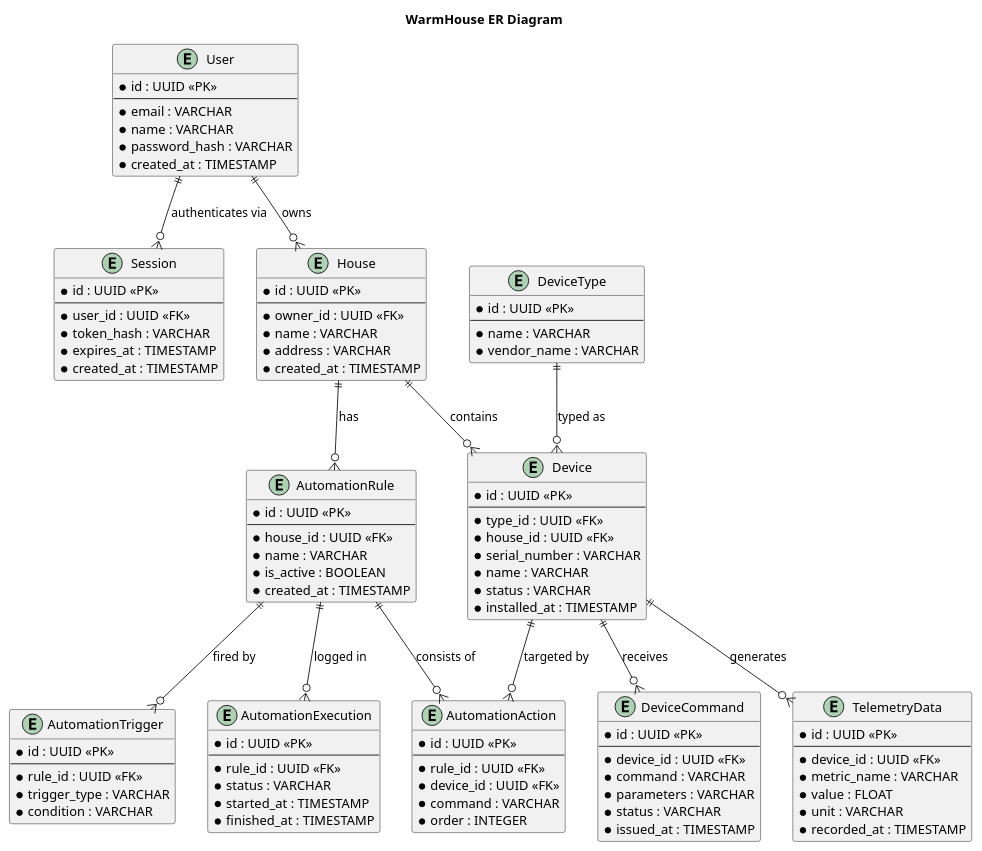
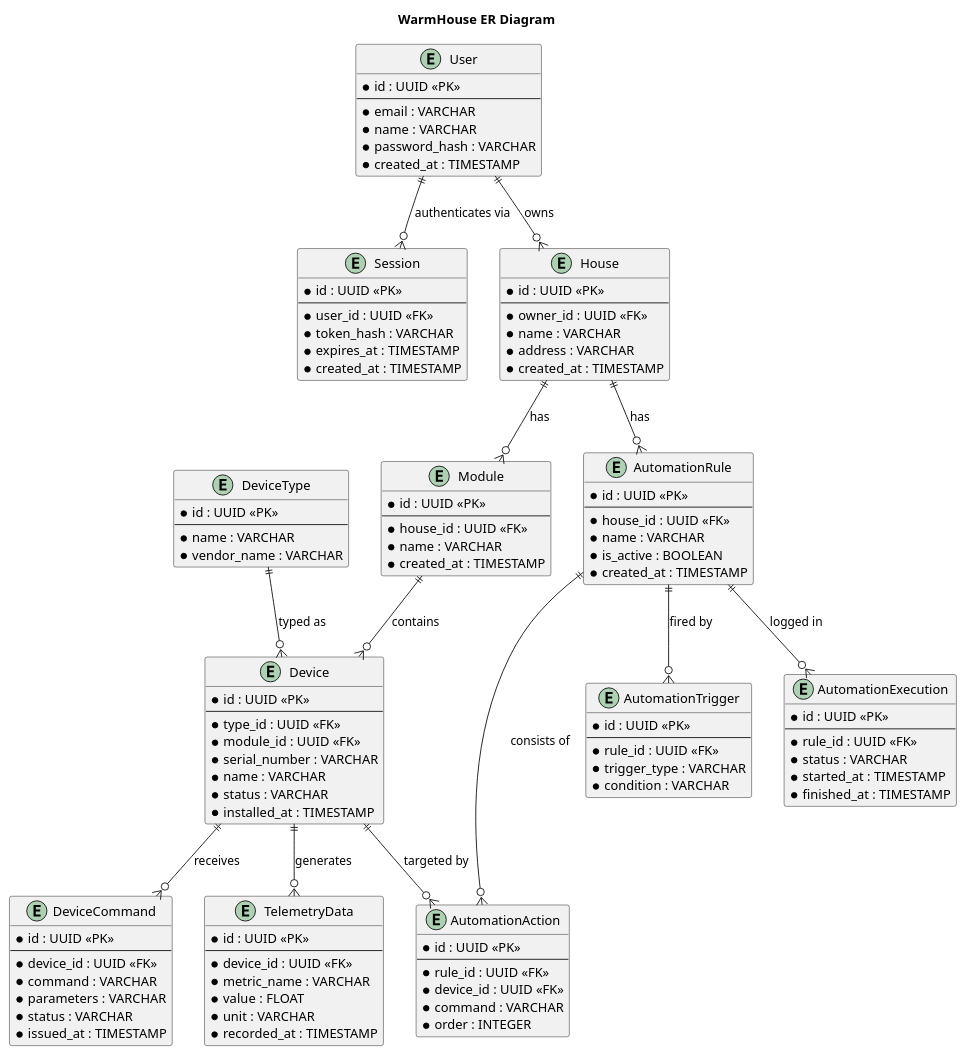
Before and after one commit to eugene-milostivenko/arch_01: the diagram in diagrams/er.puml, drawn with PlantUML.

Commit message:
add module to ER diagram

```diff
--- a/diagrams/er.puml
+++ b/diagrams/er.puml
@@ -1,121 +1,130 @@
 @startuml
 title WarmHouse ER Diagram
 
 ' ── User Management ───────────────────────────────────────────────────────────
 entity "User" as user {
   * id : UUID <<PK>>
   --
   * email : VARCHAR
   * name : VARCHAR
   * password_hash : VARCHAR
   * created_at : TIMESTAMP
 }
 
 entity "Session" as session {
   * id : UUID <<PK>>
   --
   * user_id : UUID <<FK>>
   * token_hash : VARCHAR
   * expires_at : TIMESTAMP
   * created_at : TIMESTAMP
 }
 
 ' ── Device Management ─────────────────────────────────────────────────────────
 entity "House" as house {
   * id : UUID <<PK>>
   --
   * owner_id : UUID <<FK>>
   * name : VARCHAR
   * address : VARCHAR
   * created_at : TIMESTAMP
 }
 
 entity "DeviceType" as device_type {
   * id : UUID <<PK>>
   --
   * name : VARCHAR
   * vendor_name : VARCHAR
 }
 
+entity "Module" as module {
+  * id : UUID <<PK>>
+  --
+  * house_id : UUID <<FK>>
+  * name : VARCHAR
+  * created_at : TIMESTAMP
+}
+
 entity "Device" as device {
   * id : UUID <<PK>>
   --
   * type_id : UUID <<FK>>
-  * house_id : UUID <<FK>>
+  * module_id : UUID <<FK>>
   * serial_number : VARCHAR
   * name : VARCHAR
   * status : VARCHAR
   * installed_at : TIMESTAMP
 }
 
 entity "DeviceCommand" as command {
   * id : UUID <<PK>>
   --
   * device_id : UUID <<FK>>
   * command : VARCHAR
   * parameters : VARCHAR
   * status : VARCHAR
   * issued_at : TIMESTAMP
 }
 
 ' ── Telemetry ─────────────────────────────────────────────────────────────────
 entity "TelemetryData" as telemetry {
   * id : UUID <<PK>>
   --
   * device_id : UUID <<FK>>
   * metric_name : VARCHAR
   * value : FLOAT
   * unit : VARCHAR
   * recorded_at : TIMESTAMP
 }
 
 ' ── Automation ────────────────────────────────────────────────────────────────
 entity "AutomationRule" as rule {
   * id : UUID <<PK>>
   --
   * house_id : UUID <<FK>>
   * name : VARCHAR
   * is_active : BOOLEAN
   * created_at : TIMESTAMP
 }
 
 entity "AutomationTrigger" as trigger {
   * id : UUID <<PK>>
   --
   * rule_id : UUID <<FK>>
   * trigger_type : VARCHAR
   * condition : VARCHAR
 }
 
 entity "AutomationAction" as action {
   * id : UUID <<PK>>
   --
   * rule_id : UUID <<FK>>
   * device_id : UUID <<FK>>
   * command : VARCHAR
   * order : INTEGER
 }
 
 entity "AutomationExecution" as execution {
   * id : UUID <<PK>>
   --
   * rule_id : UUID <<FK>>
   * status : VARCHAR
   * started_at : TIMESTAMP
   * finished_at : TIMESTAMP
 }
 
 ' ── Relations ─────────────────────────────────────────────────────────────────
 user        ||--o{ session   : "authenticates via"
 user        ||--o{ house     : "owns"
-house       ||--o{ device    : "contains"
+house       ||--o{ module    : "has"
+module      ||--o{ device    : "contains"
 house       ||--o{ rule      : "has"
 device_type ||--o{ device    : "typed as"
 device      ||--o{ telemetry : "generates"
 device      ||--o{ command   : "receives"
 rule        ||--o{ trigger   : "fired by"
 rule        ||--o{ action    : "consists of"
 rule        ||--o{ execution : "logged in"
 device      ||--o{ action    : "targeted by"
 
 @enduml
```
